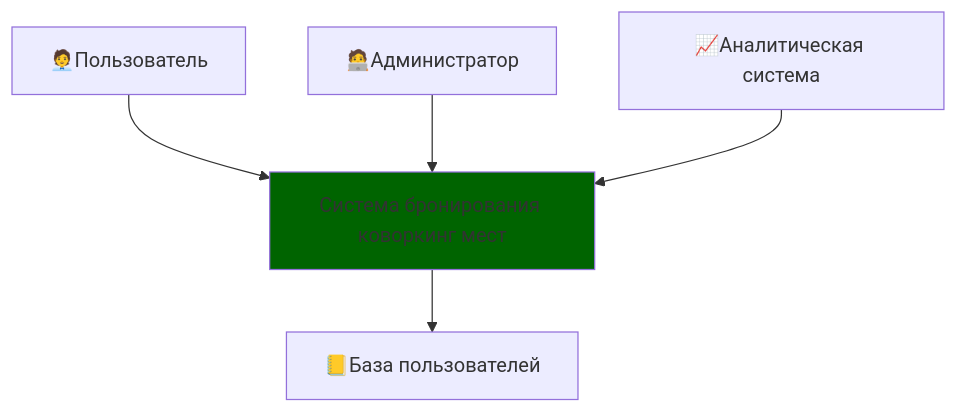
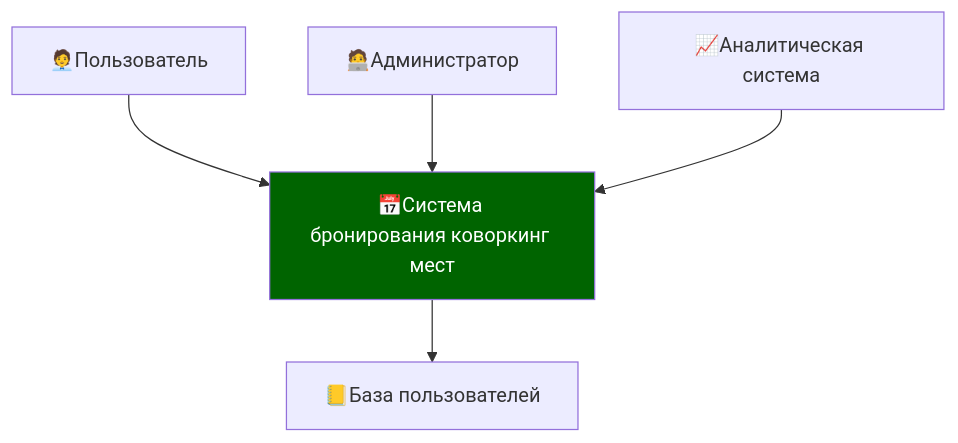
The first of 15 diagrams in pres.md (shiriev/unit-test-presentation), drawn with Mermaid before and after one commit. The commit also changed other lines of this file and 2 other files, not shown here.

````diff
--- a/pres.md
+++ b/pres.md
@@ -62,14 +72,14 @@
 ```mermaid
 flowchart TB
     user[🧑‍💼Пользователь]
     admin[🧑‍💻Администратор]
     account_system[📈Аналитическая система]
     user_base[📒База пользователей]
-    br_system[Система бронирования коворкинг мест]:::current
+    br_system[📅Система бронирования коворкинг мест]:::current
     user --> br_system
     admin --> br_system
     account_system --> br_system
     br_system --> user_base
     
-    classDef current fill:darkgreen
+    classDef current fill:darkgreen, color:white
 ```
````
